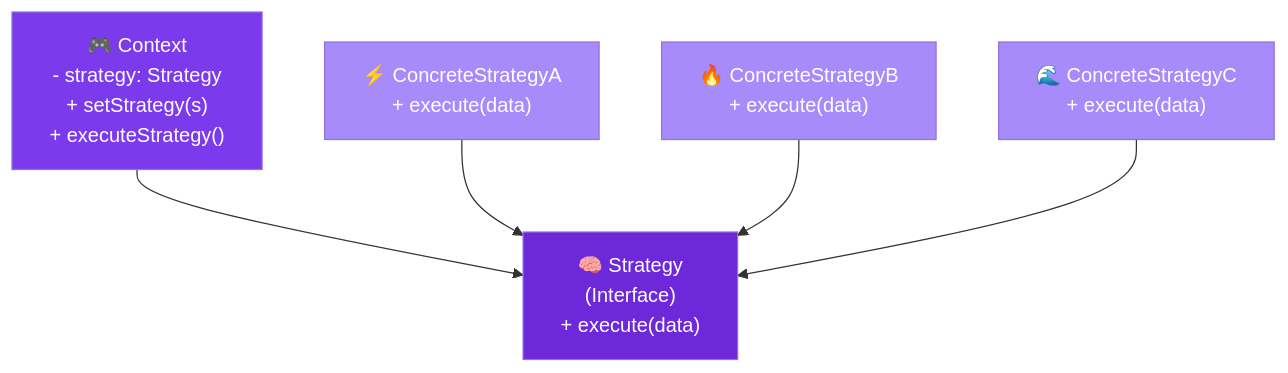
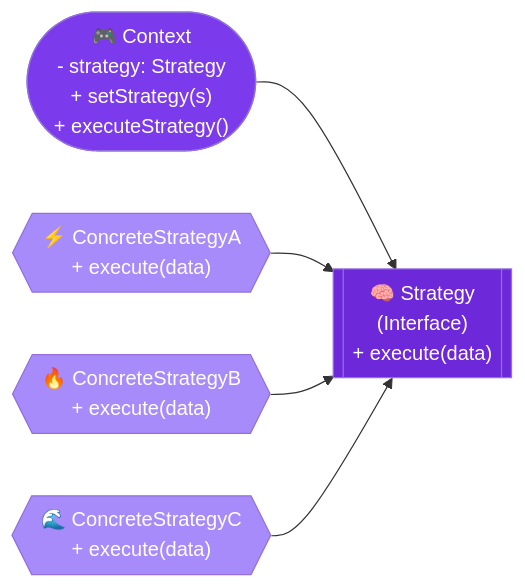
The second of 3 diagrams in docs/designpatterns/behaviouralDesignPatterns/StrategyDp.md (saivamsikaruturi/vamsilabs-dev-notes-main), drawn with Mermaid before and after one commit. The commit also changed other lines of this file and 146 other files, not shown here.

Commit message:
Horizontal diagrams, UML class diagrams, typography overhaul, and permalink cleanup

````diff
--- a/docs/designpatterns/behaviouralDesignPatterns/StrategyDp.md
+++ b/docs/designpatterns/behaviouralDesignPatterns/StrategyDp.md
@@ -31,19 +31,19 @@
 ```mermaid
-flowchart TD
-    Context["🎮 Context\n- strategy: Strategy\n+ setStrategy(s)\n+ executeStrategy()"]
-    Strategy["🧠 Strategy\n(Interface)\n+ execute(data)"]
-    ConcreteA["⚡ ConcreteStrategyA\n+ execute(data)"]
-    ConcreteB["🔥 ConcreteStrategyB\n+ execute(data)"]
-    ConcreteC["🌊 ConcreteStrategyC\n+ execute(data)"]
+flowchart LR
+    Context(["🎮 Context\n- strategy: Strategy\n+ setStrategy(s)\n+ executeStrategy()"])
+    Strategy[["🧠 Strategy\n(Interface)\n+ execute(data)"]]
+    ConcreteA{{"⚡ ConcreteStrategyA\n+ execute(data)"}}
+    ConcreteB{{"🔥 ConcreteStrategyB\n+ execute(data)"}}
+    ConcreteC{{"🌊 ConcreteStrategyC\n+ execute(data)"}}
 
     Context --> Strategy
     ConcreteA --> Strategy
     ConcreteB --> Strategy
     ConcreteC --> Strategy
 
     style Context fill:#7c3aed,color:#fff
     style Strategy fill:#6d28d9,color:#fff
     style ConcreteA fill:#a78bfa,color:#fff
     style ConcreteB fill:#a78bfa,color:#fff
     style ConcreteC fill:#a78bfa,color:#fff
 ```
````
